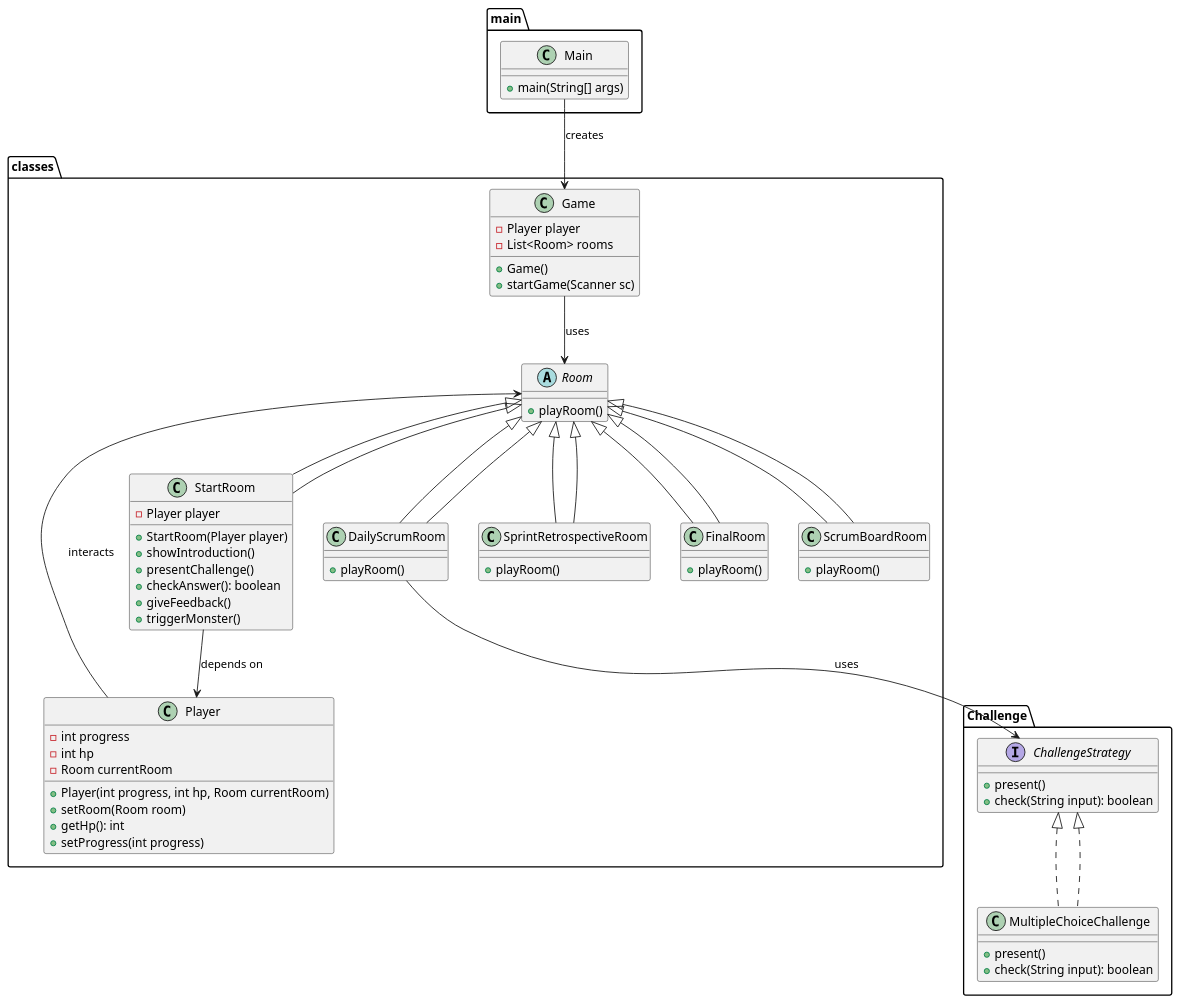
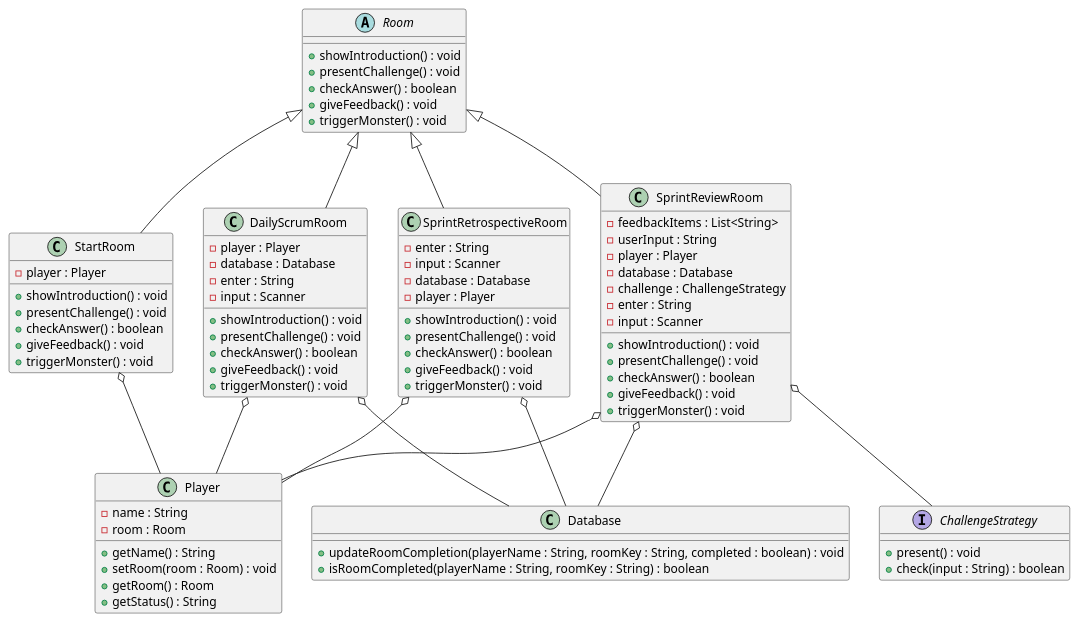
Before and after one commit to plexg/SEB_groupC: the diagram in src/uml/umlclassdiagram.puml, drawn with PlantUML. The commit also changed 17 other files, not shown here.

```diff
--- a/src/uml/umlclassdiagram.puml
+++ b/src/uml/umlclassdiagram.puml
@@ -1,83 +1,89 @@
 @startuml
-'https://plantuml.com/class-diagram
-
-package classes {
-    class Game {
-        - Player player
-        - List<Room> rooms
-        + Game()
-        + startGame(Scanner sc)
-    }
-
-    class Player {
-        - int progress
-        - int hp
-        - Room currentRoom
-        + Player(int progress, int hp, Room currentRoom)
-        + setRoom(Room room)
-        + getHp(): int
-        + setProgress(int progress)
-    }
-
-    abstract class Room {
-        + playRoom()
-    }
-
-    class StartRoom extends Room {
-        - Player player
-        + StartRoom(Player player)
-        + showIntroduction()
-        + presentChallenge()
-        + checkAnswer(): boolean
-        + giveFeedback()
-        + triggerMonster()
-    }
-
-    class DailyScrumRoom extends Room {
-        + playRoom()
-    }
-
-    class SprintRetrospectiveRoom extends Room {
-        + playRoom()
-    }
-
-    class FinalRoom extends Room {
-        + playRoom()
-    }
-
-    class ScrumBoardRoom extends Room {
-        + playRoom()
-    }
+abstract class Room {
+    +showIntroduction() : void
+    +presentChallenge() : void
+    +checkAnswer() : boolean
+    +giveFeedback() : void
+    +triggerMonster() : void
 }
 
-package main {
-    class Main {
-        + main(String[] args)
-    }
+class StartRoom {
+    -player : Player
+    +showIntroduction() : void
+    +presentChallenge() : void
+    +checkAnswer() : boolean
+    +giveFeedback() : void
+    +triggerMonster() : void
 }
 
-package Challenge {
-    interface ChallengeStrategy {
-        + present()
-        + check(String input): boolean
-    }
-
-    class MultipleChoiceChallenge implements ChallengeStrategy {
-        + present()
-        + check(String input): boolean
-    }
+class DailyScrumRoom {
+    -player : Player
+    -database : Database
+    -enter : String
+    -input : Scanner
+    +showIntroduction() : void
+    +presentChallenge() : void
+    +checkAnswer() : boolean
+    +giveFeedback() : void
+    +triggerMonster() : void
 }
 
-Game --> Room : uses
-Player --> Room : interacts
-Main --> Game : creates
+class SprintReviewRoom {
+    -feedbackItems : List<String>
+    -userInput : String
+    -player : Player
+    -database : Database
+    -challenge : ChallengeStrategy
+    -enter : String
+    -input : Scanner
+    +showIntroduction() : void
+    +presentChallenge() : void
+    +checkAnswer() : boolean
+    +giveFeedback() : void
+    +triggerMonster() : void
+}
+
+class SprintRetrospectiveRoom {
+    -enter : String
+    -input : Scanner
+    -database : Database
+    -player : Player
+    +showIntroduction() : void
+    +presentChallenge() : void
+    +checkAnswer() : boolean
+    +giveFeedback() : void
+    +triggerMonster() : void
+}
+
+class Player {
+    -name : String
+    -room : Room
+    +getName() : String
+    +setRoom(room : Room) : void
+    +getRoom() : Room
+    +getStatus() : String
+}
+
+class Database {
+    +updateRoomCompletion(playerName : String, roomKey : String, completed : boolean) : void
+    +isRoomCompleted(playerName : String, roomKey : String) : boolean
+}
+
+interface ChallengeStrategy {
+    +present() : void
+    +check(input : String) : boolean
+}
+
 Room <|-- StartRoom
 Room <|-- DailyScrumRoom
+Room <|-- SprintReviewRoom
 Room <|-- SprintRetrospectiveRoom
-Room <|-- FinalRoom
-Room <|-- ScrumBoardRoom
-DailyScrumRoom --> ChallengeStrategy : uses
-ChallengeStrategy <|.. MultipleChoiceChallenge
-StartRoom --> Player : depends on
-
+SprintReviewRoom o-- ChallengeStrategy
+DailyScrumRoom o-- Database
+SprintReviewRoom o-- Database
+SprintRetrospectiveRoom o-- Database
+DailyScrumRoom o-- Player
+SprintReviewRoom o-- Player
+SprintRetrospectiveRoom o-- Player
+StartRoom o-- Player
 @enduml
```
